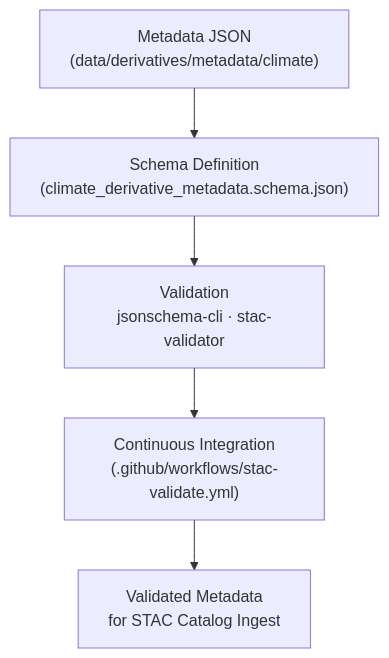
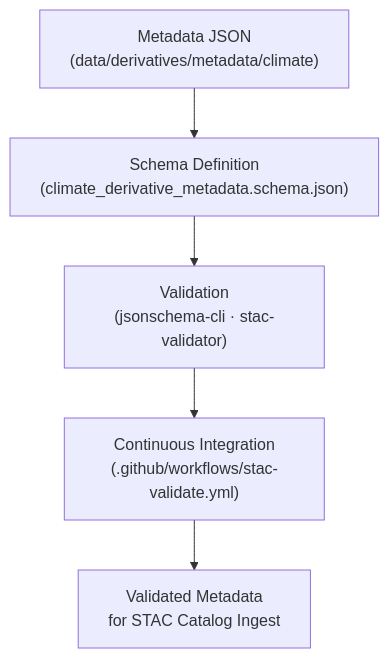
The diagram in data/derivatives/metadata/climate/schema/README.md (bartytime4life/Kansas-Frontier-Matrix), drawn with Mermaid before and after one commit. The commit also changed other lines of this file, not shown here.

First line of the commit message:
Revise README for climate derivative metadata schema

````diff
--- a/data/derivatives/metadata/climate/schema/README.md
+++ b/data/derivatives/metadata/climate/schema/README.md
@@ -86,8 +90,8 @@
 ```mermaid
 flowchart TD
-    A["Metadata JSON<br/>(data/derivatives/metadata/climate)"]
-        --> B["Schema Definition<br/>(climate_derivative_metadata.schema.json)"]
-    B --> C["Validation<br/>jsonschema-cli · stac-validator"]
-    C --> D["Continuous Integration<br/>(.github/workflows/stac-validate.yml)"]
-    D --> E["Validated Metadata<br/>for STAC Catalog Ingest"]
+  A["Metadata JSON<br/>(data/derivatives/metadata/climate)"]
+    --> B["Schema Definition<br/>(climate_derivative_metadata.schema.json)"]
+  B --> C["Validation<br/>(jsonschema-cli · stac-validator)"]
+  C --> D["Continuous Integration<br/>(.github/workflows/stac-validate.yml)"]
+  D --> E["Validated Metadata<br/>for STAC Catalog Ingest"]
 ```
````
